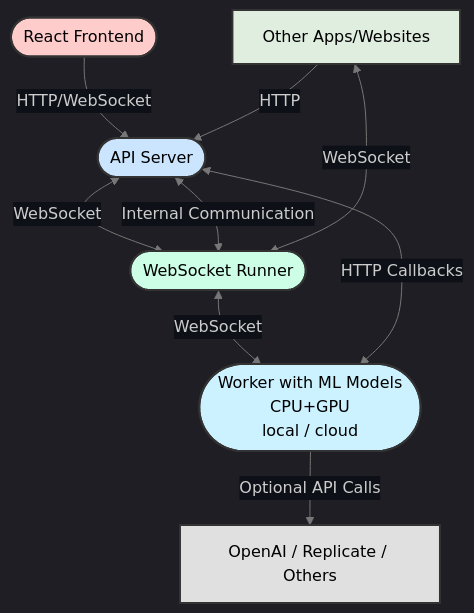
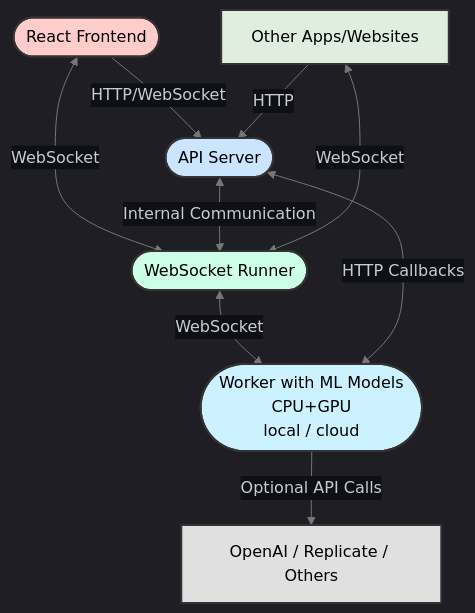
One commit to nodetool-ai/nodetool changed the diagram in README.md. Above: the diagram before and after it, drawn with Mermaid.

Commit message:
Update README.md fix architecture link

````diff
--- a/README.md
+++ b/README.md
@@ -102,29 +102,29 @@
 ```mermaid
 %%{init: {'theme': 'dark', 'themeVariables': { 'primaryColor': '#0d1117', 'edgeLabelBackground': '#0d1117', 'lineColor': '#777', 'edgeLabelColor': '#777' }}}%%
 
 graph TD
 A([React Frontend]) -->|HTTP/WebSocket| B([API Server])
- <-->|WebSocket| C([WebSocket Runner])
+A <-->|WebSocket| C([WebSocket Runner])
 B <-->|Internal Communication| C
 C <-->|WebSocket| D([Worker with ML Models<br> CPU+GPU <br>local / cloud])
 D <-->|HTTP Callbacks| B
 E[Other Apps/Websites] -->|HTTP| B
 E <-->|WebSocket| C
 D -->|Optional API Calls| F[OpenAI / Replicate / Others]
 
     classDef default fill:#e0eee0,stroke:#333,stroke-width:2px,color:#000;
     classDef frontend fill:#ffcccc,stroke:#333,stroke-width:2px,color:#000;
     classDef server fill:#cce5ff,stroke:#333,stroke-width:2px,color:#000;
     classDef runner fill:#ccffe5,stroke:#333,stroke-width:2px,color:#000;
     classDef worker fill:#ccf2ff,stroke:#333,stroke-width:2px,color:#000;
     classDef api fill:#e0e0e0,stroke:#333,stroke-width:2px,color:#000;
     classDef darkgray fill:#a9a9a9,stroke:#333,stroke-width:2px,color:#000;
 
 
     class A frontend;
     class B server;
     class C runner;
     class D worker;
     class E other;
     class F,G,H api;
 ```
````
